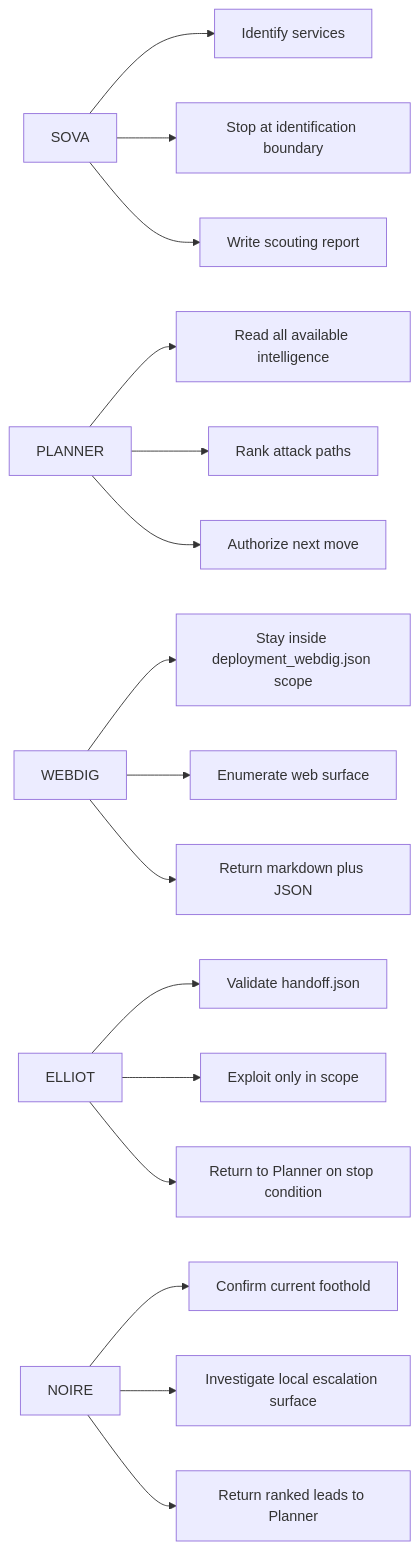
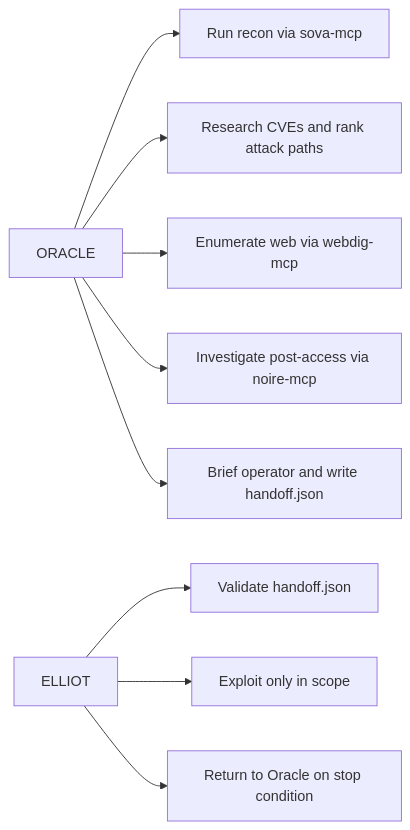
Before and after one commit to K3m1st/IRONTHREAD: the fourth of 9 diagrams in docs/INFRA_WIREFRAME.md, drawn with Mermaid. The commit also changed other lines of this file and 39 other files, not shown here.

First line of the commit message:
Phase 3: collapse 5 agent sessions to 2 via MCP tool servers

````diff
--- a/docs/INFRA_WIREFRAME.md
+++ b/docs/INFRA_WIREFRAME.md
@@ -102,22 +82,12 @@
 ```mermaid
 flowchart LR
-    A["SOVA"] --> A1["Identify services"]
-    A --> A2["Stop at identification boundary"]
-    A --> A3["Write scouting report"]
+    A["ORACLE"] --> A1["Run recon via sova-mcp"]
+    A --> A2["Research CVEs and rank attack paths"]
+    A --> A3["Enumerate web via webdig-mcp"]
+    A --> A4["Investigate post-access via noire-mcp"]
+    A --> A5["Brief operator and write handoff.json"]
 
-    B["PLANNER"] --> B1["Read all available intelligence"]
-    B --> B2["Rank attack paths"]
-    B --> B3["Authorize next move"]
-
-    C["WEBDIG"] --> C1["Stay inside deployment_webdig.json scope"]
-    C --> C2["Enumerate web surface"]
-    C --> C3["Return markdown plus JSON"]
-
-    D["ELLIOT"] --> D1["Validate handoff.json"]
-    D --> D2["Exploit only in scope"]
-    D --> D3["Return to Planner on stop condition"]
-
-    E["NOIRE"] --> E1["Confirm current foothold"]
-    E --> E2["Investigate local escalation surface"]
-    E --> E3["Return ranked leads to Planner"]
+    B["ELLIOT"] --> B1["Validate handoff.json"]
+    B --> B2["Exploit only in scope"]
+    B --> B3["Return to Oracle on stop condition"]
 ```
````
